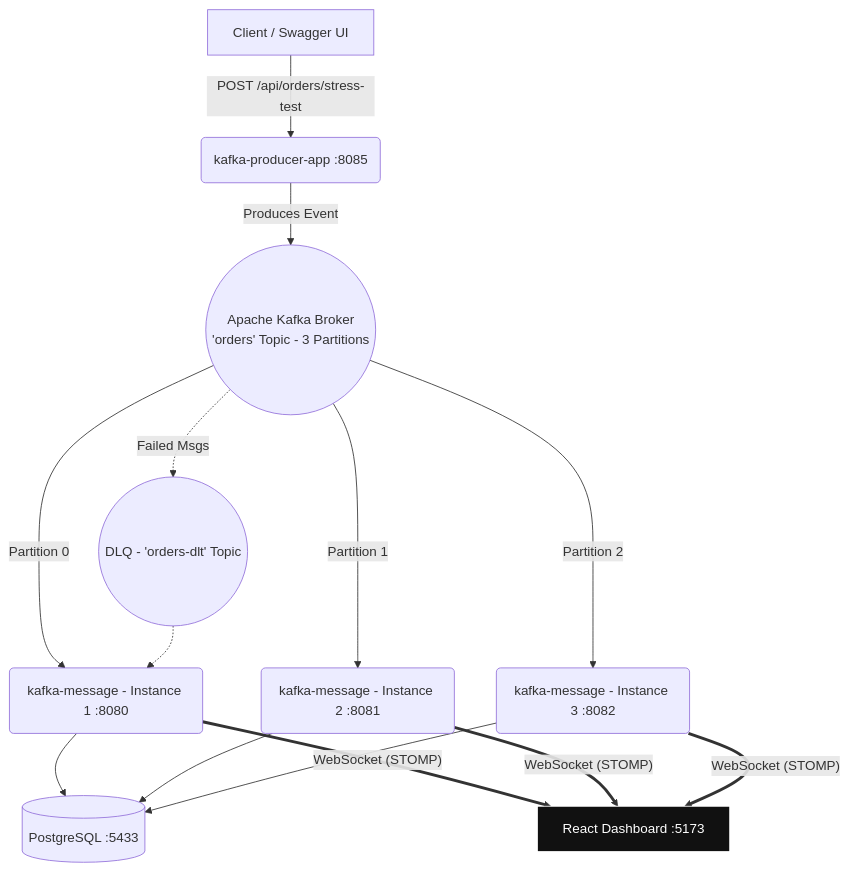
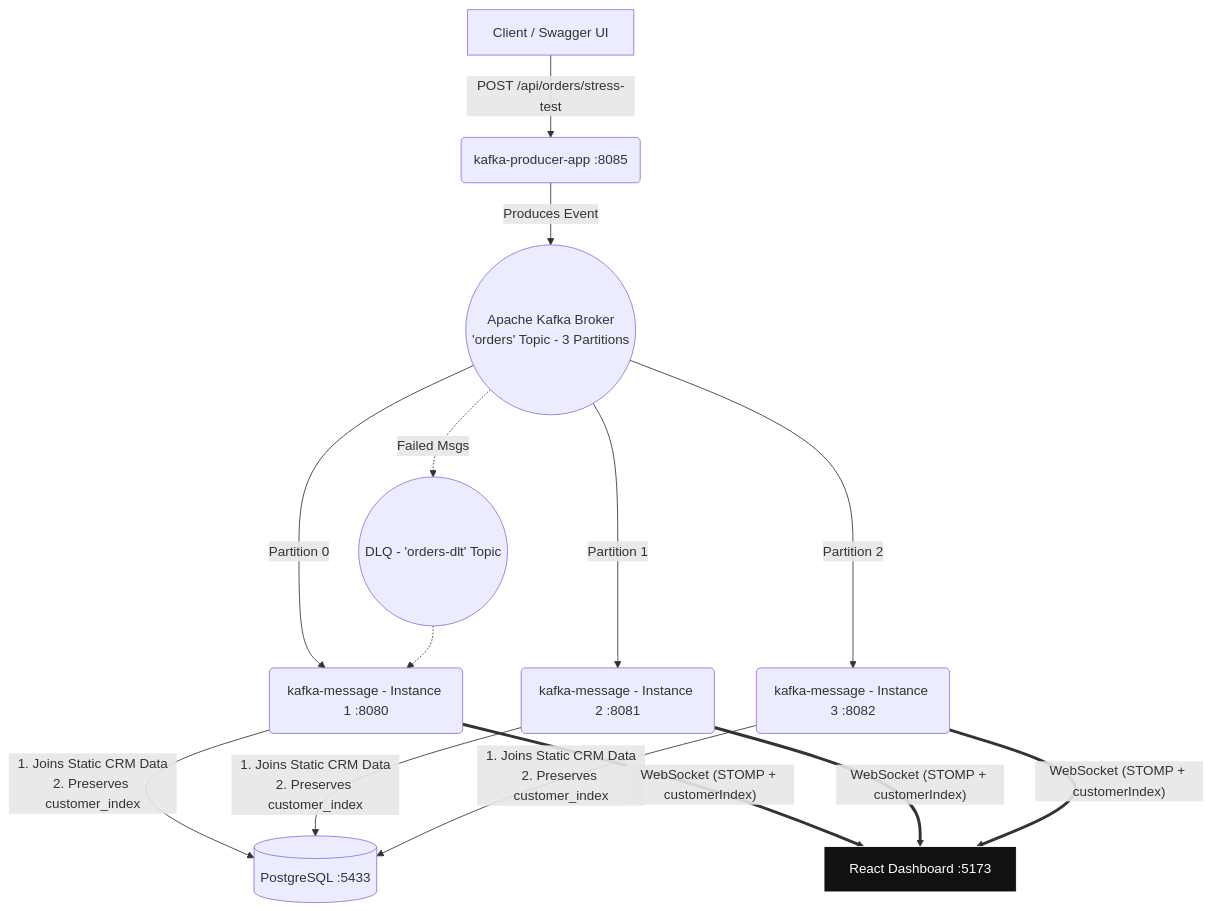
The diagram in README.md (yigittozdemirr/kafka-to-db), drawn with Mermaid before and after one commit. The commit also changed other lines of this file and 7 other files, not shown here.

````diff
--- a/README.md
+++ b/README.md
@@ -18,22 +24,22 @@
 ```mermaid
 graph TD
     CLIENT[Client / Swagger UI] -->|POST /api/orders/stress-test| PRODUCER(kafka-producer-app :8085)
     
     PRODUCER -->|Produces Event| KAFKA((Apache Kafka Broker\n'orders' Topic - 3 Partitions))
     
     KAFKA -->|Partition 0| APP1(kafka-message - Instance 1 :8080)
     KAFKA -->|Partition 1| APP2(kafka-message - Instance 2 :8081)
     KAFKA -->|Partition 2| APP3(kafka-message - Instance 3 :8082)
     
-    APP1 --> DB[(PostgreSQL :5433)]
-    APP2 --> DB
-    APP3 --> DB
+    APP1 -->|1. Joins Static CRM Data\n2. Preserves customer_index| DB[(PostgreSQL :5433)]
+    APP2 -->|1. Joins Static CRM Data\n2. Preserves customer_index| DB
+    APP3 -->|1. Joins Static CRM Data\n2. Preserves customer_index| DB
     
     KAFKA -.->|Failed Msgs| DLQ((DLQ - 'orders-dlt' Topic))
     DLQ -.-> APP1
 
-    APP1 == "WebSocket (STOMP)" ==> DASHBOARD[React Dashboard :5173]
-    APP2 == "WebSocket (STOMP)" ==> DASHBOARD
-    APP3 == "WebSocket (STOMP)" ==> DASHBOARD
+    APP1 == "WebSocket (STOMP + customerIndex)" ==> DASHBOARD[React Dashboard :5173]
+    APP2 == "WebSocket (STOMP + customerIndex)" ==> DASHBOARD
+    APP3 == "WebSocket (STOMP + customerIndex)" ==> DASHBOARD
     style DASHBOARD fill:#111,stroke:#fff,color:#fff
 ```
````
